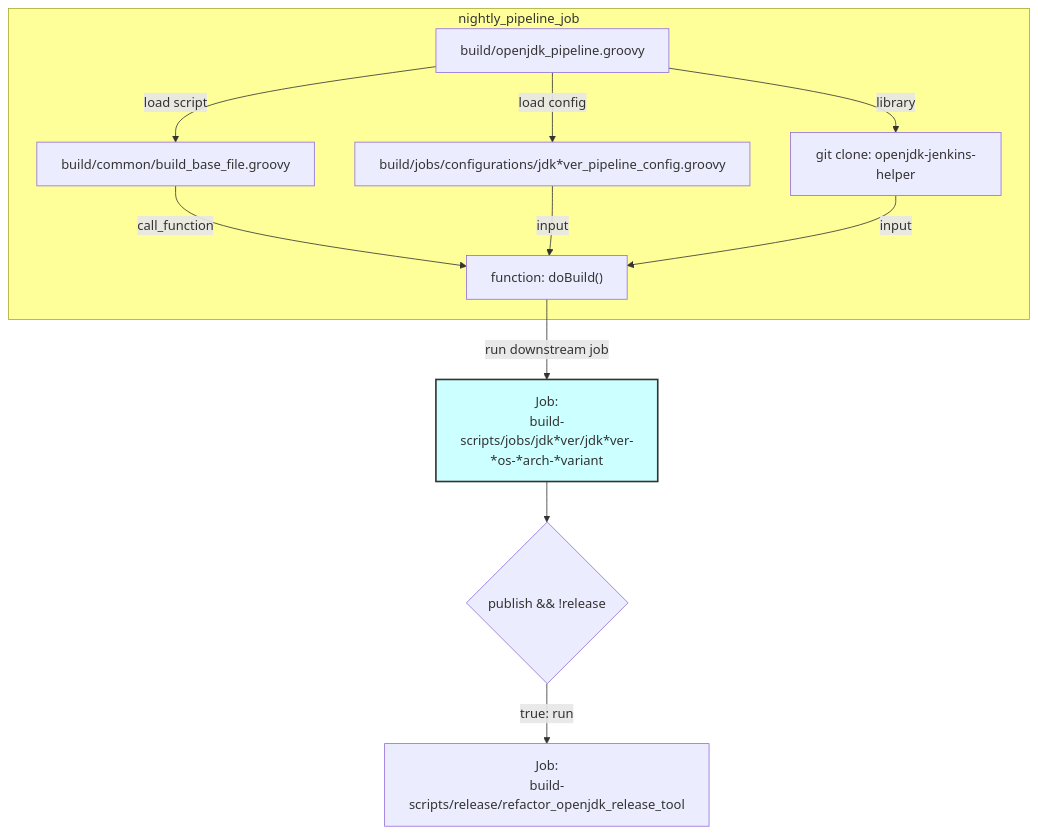
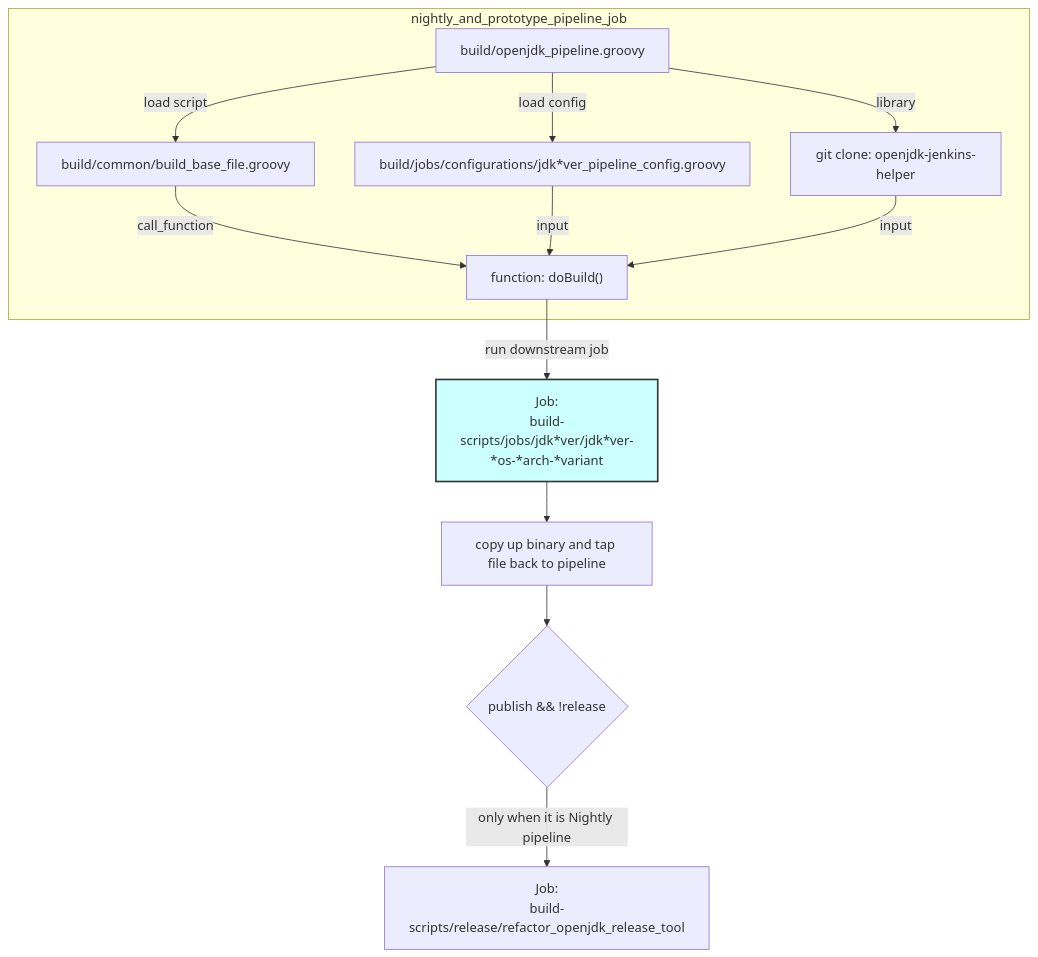
Before and after one commit to adoptium/ci-jenkins-pipelines: the fifth of 10 diagrams in docs/diagram.md, drawn with Mermaid. The commit also changed other lines of this file and 1 other file, not shown here.

Commit message:
docs: update diagram for prototype and remotetrigger

````diff
--- a/docs/diagram.md
+++ b/docs/diagram.md
@@ -148,30 +183,32 @@
 ```mermaid
 
 flowchart TD
 
-subgraph nightly_pipeline_job
+subgraph nightly_and_prototype_pipeline_job
 
 Call[build/openjdk_pipeline.groovy] --load script-->
 Load1[build/common/build_base_file.groovy]
 
 Call --load config--> Load2[build/jobs/configurations/jdk*ver_pipeline_config.groovy]
 Call --library -->
 Load3["git clone: openjdk-jenkins-helper"]
 
 Load1 --call_function--> Build["function: doBuild()"]
 Load2 --input--> Build
 Load3 --input--> Build
 
 end
 
 Build --"run downstream job" -->
 variantJob["Job:\nbuild-scripts/jobs/jdk*ver/jdk*ver-*os-*arch-*variant"] -->
-checkpublish{publish && !release} --true: run-->
+copyArtifacts["copy up binary and tap file back to pipeline"] -->
+checkpublish{publish && !release} --"only when it is Nightly pipeline"-->
 Publish["Job:\nbuild-scripts/release/refactor_openjdk_release_tool"]
+
 
 classDef yellow fill:#ffff99
 classDef c12 fill:#ccffff,stroke:#333,stroke-width:2px
 class nightly_pipeline_job yellow
 class variantJob c12
 
 ```
````
